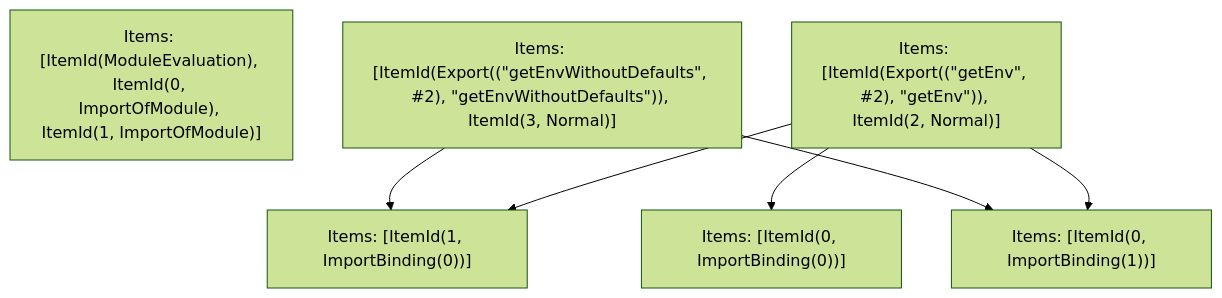
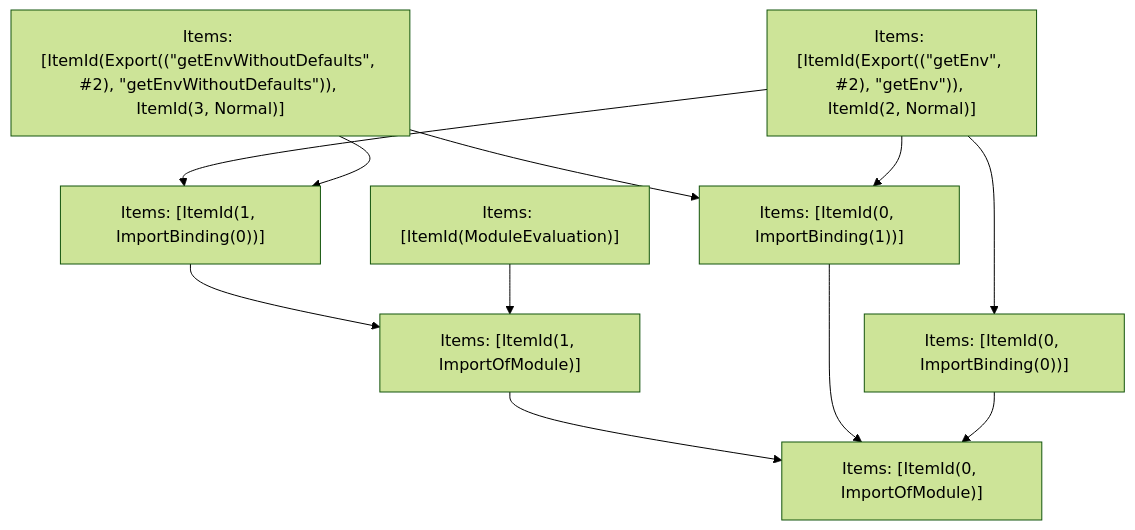
Before and after one commit to Dreitt/nextt: the fifth of 5 diagrams in turbopack/crates/turbopack-ecmascript/tests/tree-shaker/analyzer/otel-core/output.md, drawn with Mermaid (forest theme). The commit also changed other lines of this file and 19 other files, not shown here.

````diff
--- a/turbopack/crates/turbopack-ecmascript/tests/tree-shaker/analyzer/otel-core/output.md
+++ b/turbopack/crates/turbopack-ecmascript/tests/tree-shaker/analyzer/otel-core/output.md
@@ -174,14 +174,21 @@
 ```mermaid
 graph TD
-    N0["Items: [ItemId(ModuleEvaluation), ItemId(0, ImportOfModule), ItemId(1, ImportOfModule)]"];
+    N0["Items: [ItemId(ModuleEvaluation)]"];
     N1["Items: [ItemId(Export((&quot;getEnv&quot;, #2), &quot;getEnv&quot;)), ItemId(2, Normal)]"];
     N2["Items: [ItemId(Export((&quot;getEnvWithoutDefaults&quot;, #2), &quot;getEnvWithoutDefaults&quot;)), ItemId(3, Normal)]"];
-    N3["Items: [ItemId(0, ImportBinding(0))]"];
-    N4["Items: [ItemId(0, ImportBinding(1))]"];
-    N5["Items: [ItemId(1, ImportBinding(0))]"];
+    N3["Items: [ItemId(0, ImportOfModule)]"];
+    N4["Items: [ItemId(0, ImportBinding(0))]"];
+    N5["Items: [ItemId(0, ImportBinding(1))]"];
+    N6["Items: [ItemId(1, ImportOfModule)]"];
+    N7["Items: [ItemId(1, ImportBinding(0))]"];
+    N6 --> N3;
+    N2 --> N5;
+    N5 --> N3;
+    N1 --> N4;
+    N1 --> N7;
     N1 --> N5;
-    N1 --> N4;
-    N1 --> N3;
-    N2 --> N5;
-    N2 --> N4;
+    N7 --> N6;
+    N2 --> N7;
+    N0 --> N6;
+    N4 --> N3;
 ```
````
